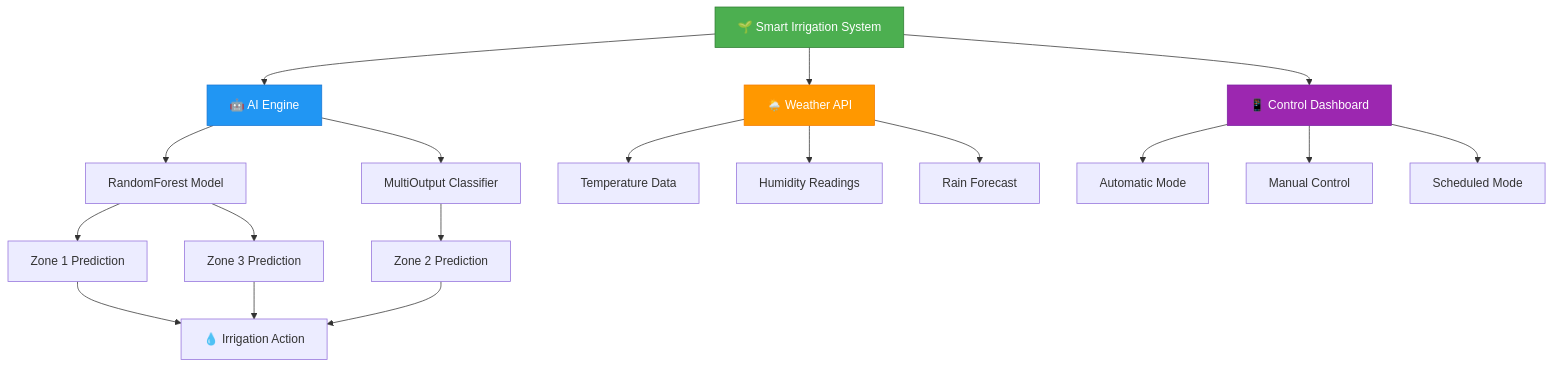
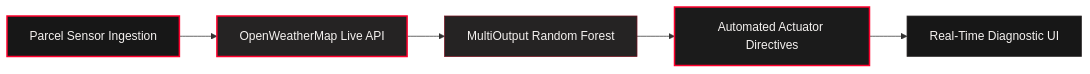
One commit to prak05/AICTE-SMART-IRRIGATION-EDUNET-PROJECT changed the diagram in README.md. Above: the diagram before and after it, drawn with Mermaid. The commit also changed other lines of this file, not shown here.

Commit message:
docs: modernize README.md with Dark Charcoal & Hot Red Bento architecture [skip ci]

````diff
--- a/README.md
+++ b/README.md
@@ -71,30 +49,12 @@
 ```mermaid
-graph TD
-    A[🌱 Smart Irrigation System] --> B[🤖 AI Engine]
-    A --> C[🌦️ Weather API]
-    A --> D[📱 Control Dashboard]
-    
-    B --> E[RandomForest Model]
-    B --> F[MultiOutput Classifier]
-    
-    C --> G[Temperature Data]
-    C --> H[Humidity Readings]
-    C --> I[Rain Forecast]
-    
-    D --> J[Automatic Mode]
-    D --> K[Manual Control]
-    D --> L[Scheduled Mode]
-    
-    E --> M[Zone 1 Prediction]
-    F --> N[Zone 2 Prediction]
-    E --> O[Zone 3 Prediction]
-    
-    M --> P[💧 Irrigation Action]
-    N --> P
-    O --> P
-    
-    style A fill:#4CAF50,stroke:#2E7D32,color:#fff
-    style B fill:#2196F3,stroke:#1976D2,color:#fff
-    style C fill:#FF9800,stroke:#F57C00,color:#fff
-    style D fill:#9C27B0,stroke:#7B1FA2,color:#fff
+flowchart LR
+    A["Parcel Sensor Ingestion"] --> B["OpenWeatherMap Live API"]
+    B --> C["MultiOutput Random Forest"]
+    C --> D["Automated Actuator Directives"]
+    D --> E["Real-Time Diagnostic UI"]
+    style A fill:#171717,stroke:#FF002D,stroke-width:2px,color:#F5F2F0
+    style B fill:#252323,stroke:#FF002D,stroke-width:2px,color:#F5F2F0
+    style C fill:#252323,stroke:#74121F,stroke-width:1px,color:#F5F2F0
+    style D fill:#1b1b1b,stroke:#FF002D,stroke-width:2px,color:#F5F2F0
+    style E fill:#171717,stroke:#393434,stroke-width:1px,color:#F5F2F0
 ```
````
